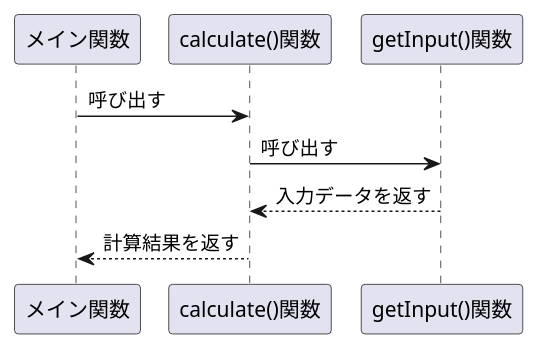
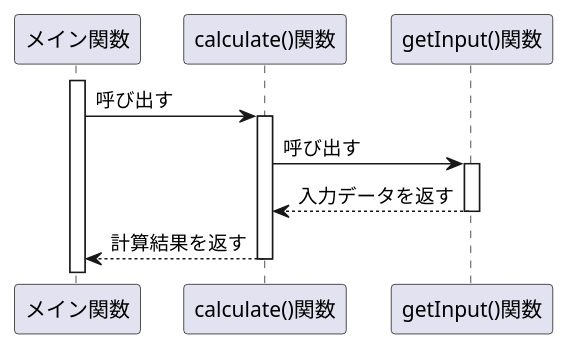
The diagram in training2.pu (WithUSTAYBuddies/10th-assignment), drawn with PlantUML before and after one commit.

Commit message:
名称を簡略化

```diff
--- a/training2.pu
+++ b/training2.pu
@@ -1,11 +1,15 @@
 @startuml
-participant main_function as "メイン関数"
-participant calculate  as "calculate()関数"
-participant getinput as "getInput()関数"
+participant m as "メイン関数" 
+participant c as "calculate()関数"  
+participant g as "getInput()関数" 
 
-main_function -> calculate : 呼び出す
-calculate -> getinput : 呼び出す
-getinput --> calculate : 入力データを返す
-calculate --> main_function : 計算結果を返す 
-
+activate m
+m -> c : 呼び出す
+activate c
+c -> g : 呼び出す
+activate g
+g --> c : 入力データを返す
+deactivate g
+c --> m : 計算結果を返す 
+deactivate c
 @enduml
```
